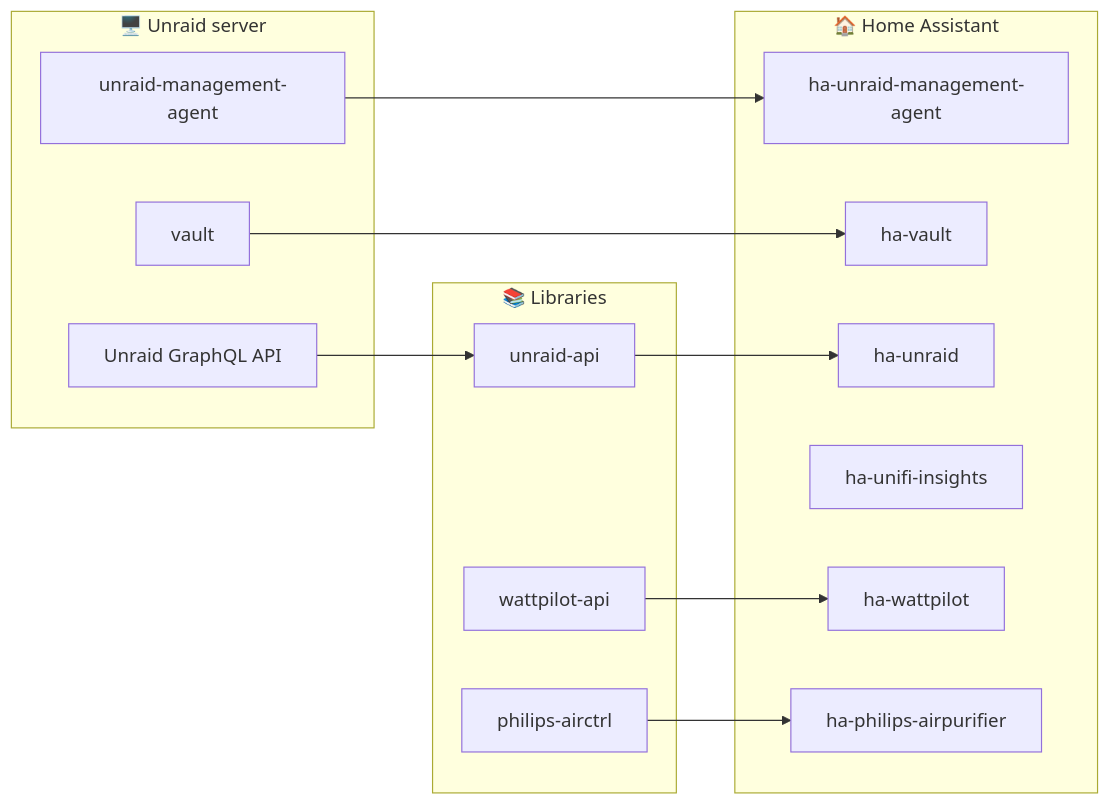
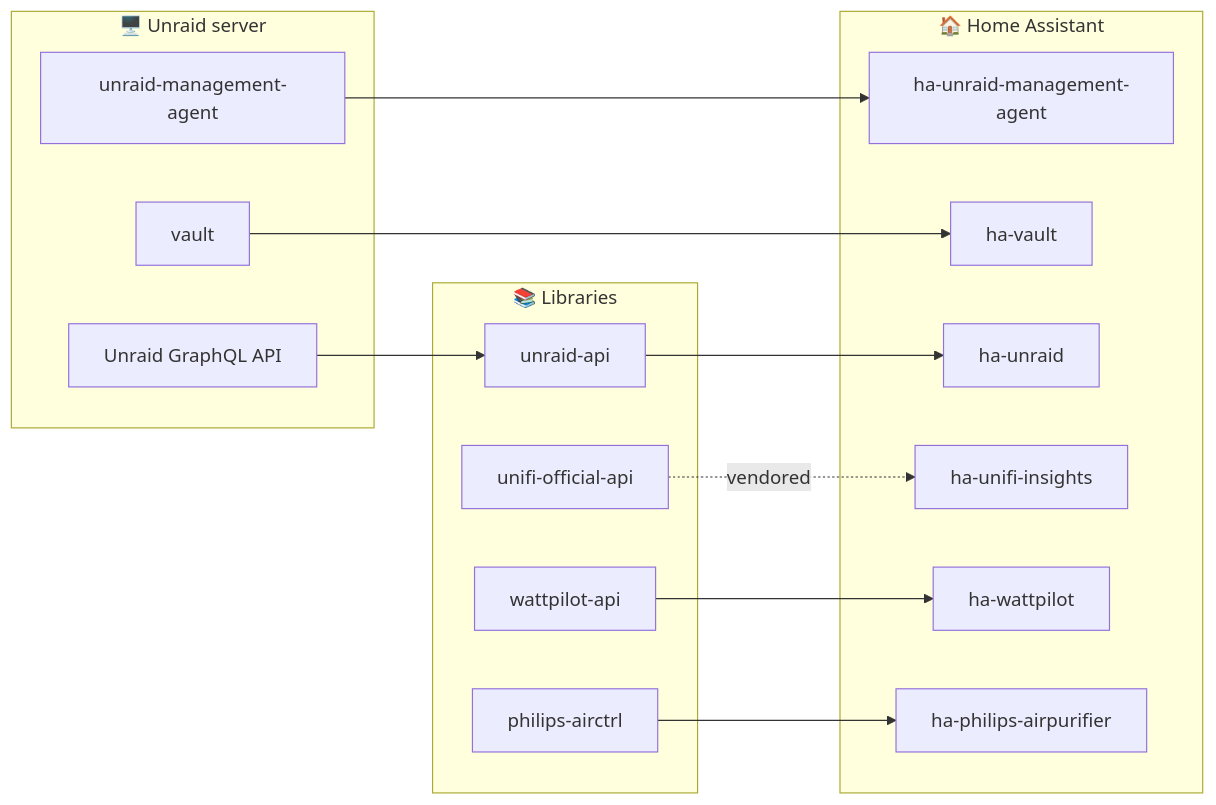
Before and after one commit to tinkerologie/.github: the diagram in profile/README.md, drawn with Mermaid. The commit also changed other lines of this file, not shown here.

````diff
--- a/profile/README.md
+++ b/profile/README.md
@@ -92,26 +93,28 @@
 ```mermaid
 flowchart LR
     subgraph Unraid["🖥️ Unraid server"]
         UMA["unraid-management-agent"]
         VAULT["vault"]
         GQL["Unraid GraphQL API"]
     end
     subgraph Libraries["📚 Libraries"]
         UAPI["unraid-api"]
+        UNIFI["unifi-official-api"]
         WATT["wattpilot-api"]
         PHIL["philips-airctrl"]
     end
     subgraph HA["🏠 Home Assistant"]
         HAU["ha-unraid"]
         HAUMA["ha-unraid-management-agent"]
         HAV["ha-vault"]
         HAUI["ha-unifi-insights"]
         HAW["ha-wattpilot"]
         HAP["ha-philips-airpurifier"]
     end
     GQL --> UAPI --> HAU
     UMA --> HAUMA
     VAULT --> HAV
+    UNIFI -. vendored .-> HAUI
     WATT --> HAW
     PHIL --> HAP
 ```
````
